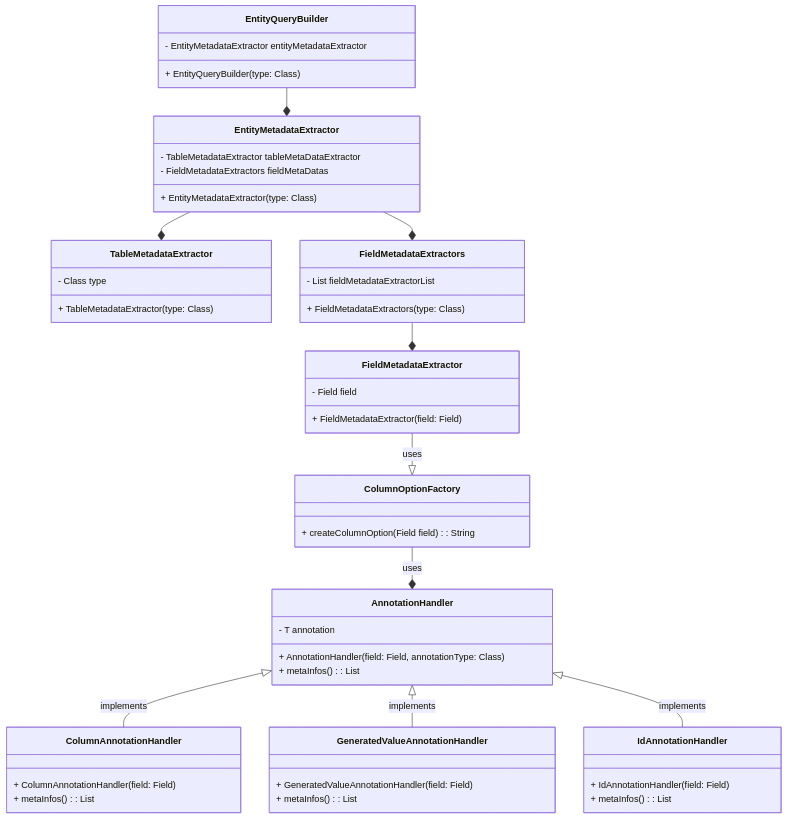
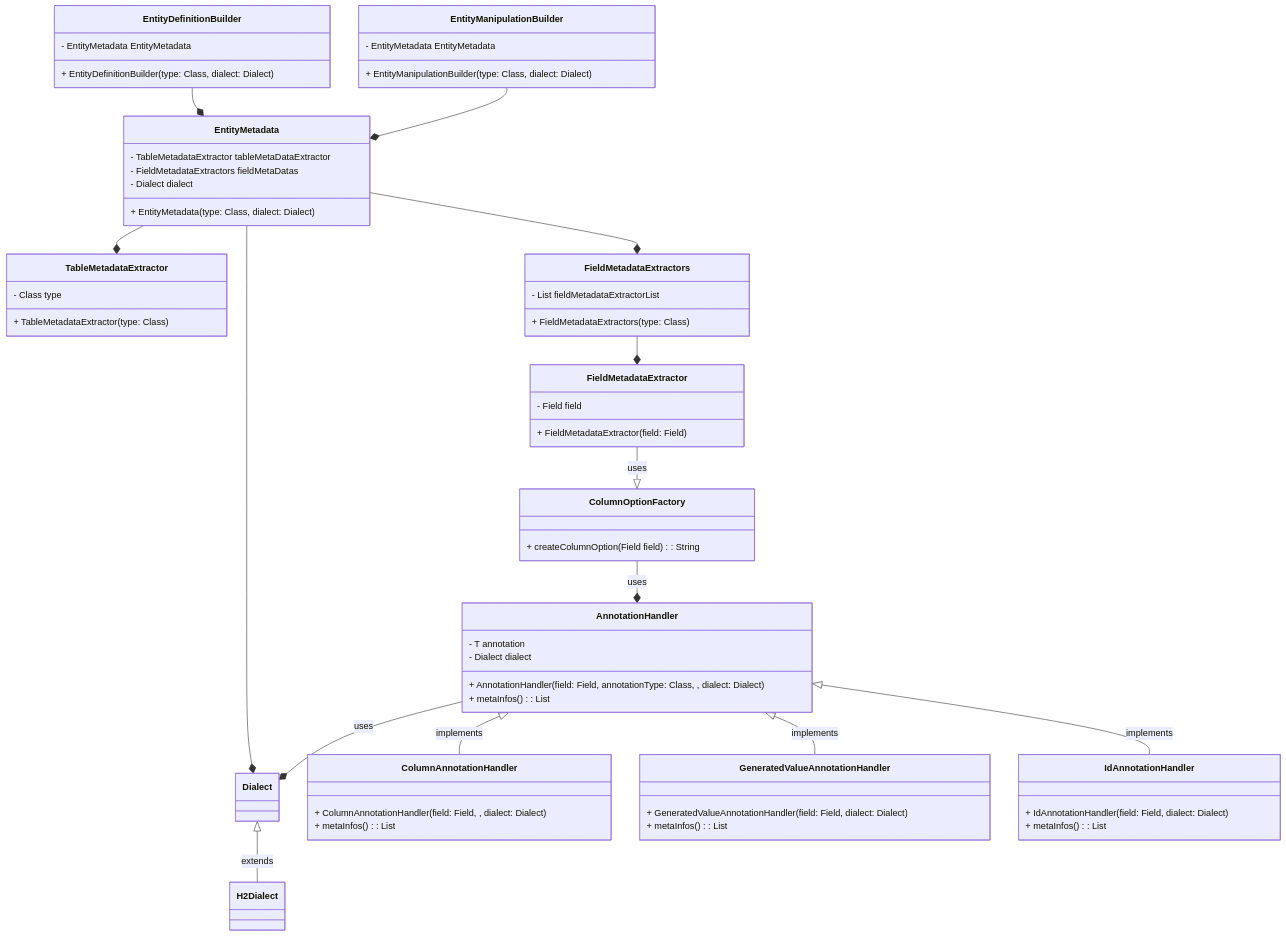
The diagram in README.md (next-step/jpa-query-builder), drawn with Mermaid before and after one commit. The commit also changed 31 other files, not shown here.

First line of the commit message:
3단계 - QueryBuilder DML (#98)

````diff
--- a/README.md
+++ b/README.md
@@ -5,54 +5,68 @@
 ```mermaid
 classDiagram
-    class EntityQueryBuilder {
-        - EntityMetadataExtractor entityMetadataExtractor
-        + EntityQueryBuilder(type: Class<?>)
+    class EntityDefinitionBuilder {
+        - EntityMetadata EntityMetadata
+        + EntityDefinitionBuilder(type: Class<?>, dialect: Dialect)
     }
-    class EntityMetadataExtractor {
+    class EntityManipulationBuilder {
+        - EntityMetadata EntityMetadata
+        + EntityManipulationBuilder(type: Class<?>, dialect: Dialect)
+    }
+    class EntityMetadata {
         - TableMetadataExtractor tableMetaDataExtractor
         - FieldMetadataExtractors fieldMetaDatas
-        + EntityMetadataExtractor(type: Class<?>)
+        - Dialect dialect
+        + EntityMetadata(type: Class<?>, dialect: Dialect)
     }
     class TableMetadataExtractor {
         - Class<?> type
         + TableMetadataExtractor(type: Class<?>)
     }
     class FieldMetadataExtractors {
         - List<FieldMetadataExtractor> fieldMetadataExtractorList
         + FieldMetadataExtractors(type: Class<?>)
+    }
+    class Dialect {
+    }
+    class H2Dialect {
     }
     class FieldMetadataExtractor {
         - Field field
         + FieldMetadataExtractor(field: Field)
     }
     class ColumnOptionFactory {
         + createColumnOption(Field field): String
     }
     class AnnotationHandler {
         - T annotation
-        + AnnotationHandler(field: Field, annotationType: Class<T>)
+        - Dialect dialect
+        + AnnotationHandler(field: Field, annotationType: Class<T>, , dialect: Dialect)
         + metaInfos(): List<ColumnOption>
     }
     class ColumnAnnotationHandler {
-        + ColumnAnnotationHandler(field: Field)
+        + ColumnAnnotationHandler(field: Field, , dialect: Dialect)
         + metaInfos(): List<ColumnOption>
     }
     class GeneratedValueAnnotationHandler {
-        + GeneratedValueAnnotationHandler(field: Field)
+        + GeneratedValueAnnotationHandler(field: Field, dialect: Dialect)
         + metaInfos(): List<ColumnOption>
     }
     class IdAnnotationHandler {
-        + IdAnnotationHandler(field: Field)
+        + IdAnnotationHandler(field: Field, dialect: Dialect)
         + metaInfos(): List<ColumnOption>
     }
     
-    EntityQueryBuilder --* EntityMetadataExtractor
-    EntityMetadataExtractor --* TableMetadataExtractor
-    EntityMetadataExtractor --* FieldMetadataExtractors
+    EntityDefinitionBuilder --* EntityMetadata
+    EntityManipulationBuilder --* EntityMetadata
+    EntityMetadata --* TableMetadataExtractor
+    EntityMetadata --* FieldMetadataExtractors
+    EntityMetadata --* Dialect
+    Dialect <|-- H2Dialect : extends
     FieldMetadataExtractors --* FieldMetadataExtractor
     FieldMetadataExtractor --|> ColumnOptionFactory : uses
     ColumnOptionFactory --* AnnotationHandler : uses
+    AnnotationHandler --* Dialect : uses
     AnnotationHandler <|-- ColumnAnnotationHandler : implements
     AnnotationHandler <|-- GeneratedValueAnnotationHandler : implements
     AnnotationHandler <|-- IdAnnotationHandler : implements
 ```
````
